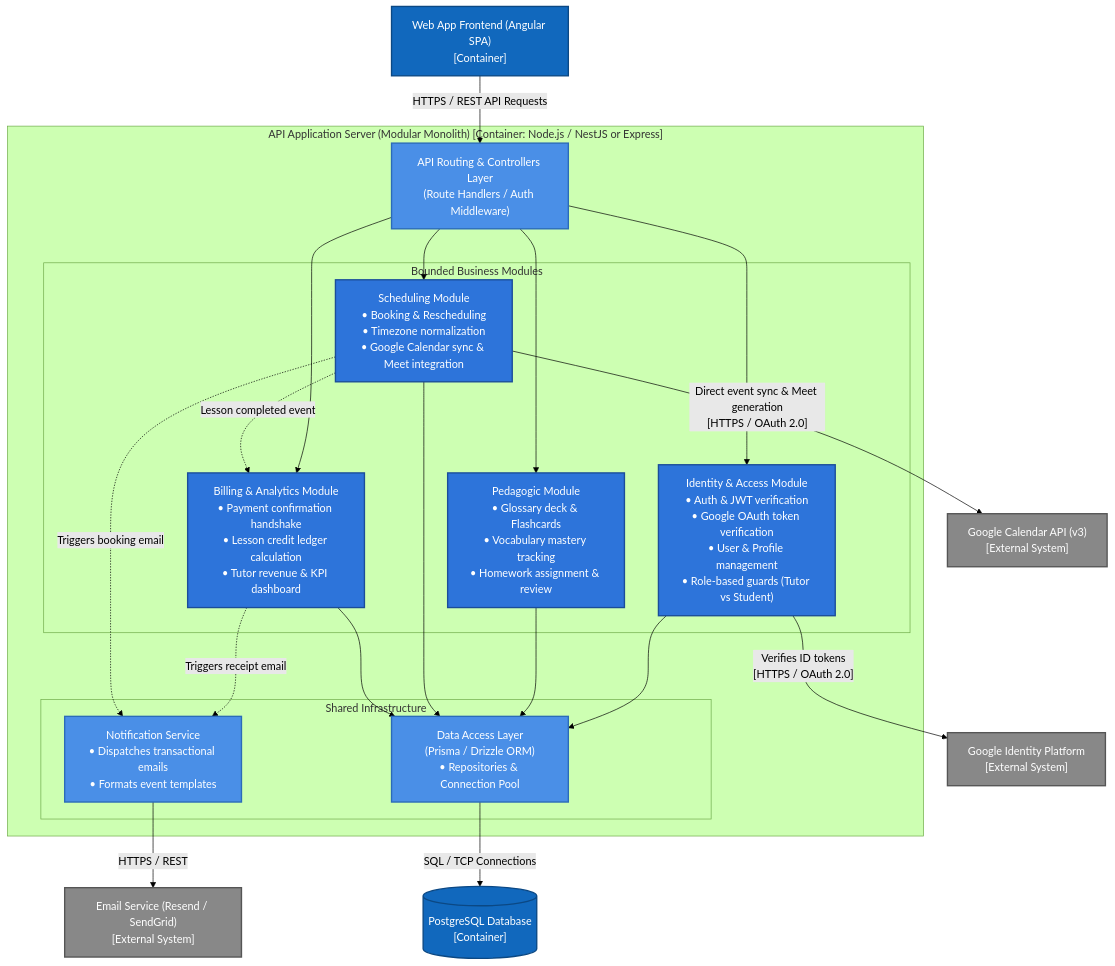
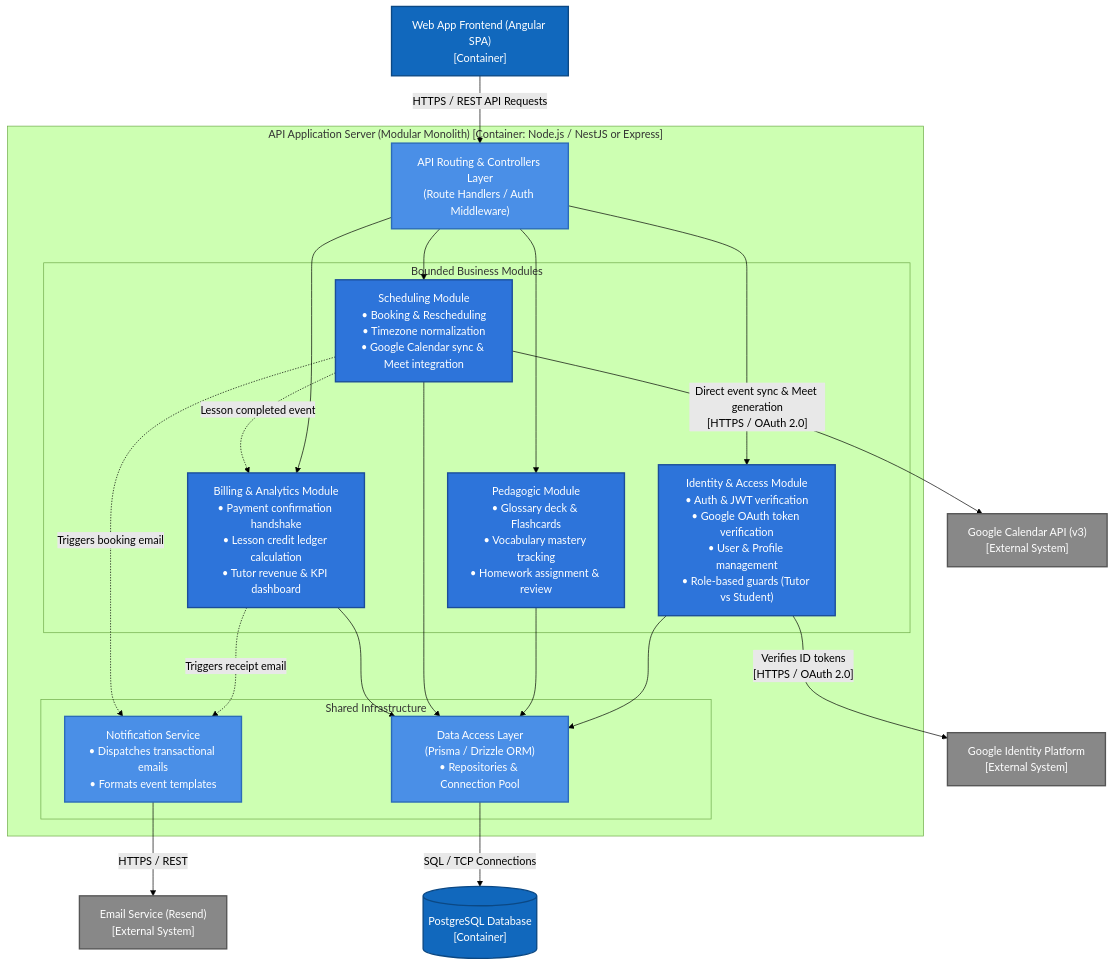
Before and after one commit to DmytroCherednichenko/idiomar-crm: the diagram in docs/diagrams/03-c4-level3-components.mmd, drawn with Mermaid (forest theme). The commit also changed 3 other files, not shown here.

```diff
--- a/docs/diagrams/03-c4-level3-components.mmd
+++ b/docs/diagrams/03-c4-level3-components.mmd
@@ -1,61 +1,61 @@
 flowchart TD
     classDef client fill:#1168bd,stroke:#0b4884,color:#ffffff,stroke-width:2px;
     classDef module fill:#2d74da,stroke:#1a4d99,color:#ffffff,stroke-width:2px;
     classDef shared fill:#4a8fe7,stroke:#2b6bb8,color:#ffffff,stroke-width:2px;
     classDef db fill:#1168bd,stroke:#0b4884,color:#ffffff,stroke-width:2px;
     classDef external fill:#888888,stroke:#555555,color:#ffffff,stroke-width:2px;
     classDef boundary fill:#f8f9fa,stroke:#707070,stroke-width:2px,stroke-dasharray: 5 5;
 
     Client["Web App Frontend (Angular SPA)\n[Container]"]:::client
 
     subgraph ModularMonolith["API Application Server (Modular Monolith) [Container: Node.js / NestJS or Express]"]
         
         ApiGateway["API Routing & Controllers Layer\n(Route Handlers / Auth Middleware)"]:::shared
         
         subgraph CoreModules["Bounded Business Modules"]
             AuthMod["Identity & Access Module\n• Auth & JWT verification\n• Google OAuth token verification\n• User & Profile management\n• Role-based guards (Tutor vs Student)"]:::module
             
             PedagogicMod["Pedagogic Module\n• Glossary deck & Flashcards\n• Vocabulary mastery tracking\n• Homework assignment & review"]:::module
             
             SchedulingMod["Scheduling Module\n• Booking & Rescheduling\n• Timezone normalization\n• Google Calendar sync & Meet integration"]:::module
             
             BillingMod["Billing & Analytics Module\n• Payment confirmation handshake\n• Lesson credit ledger calculation\n• Tutor revenue & KPI dashboard"]:::module
         end
 
         subgraph SharedInfrastructure["Shared Infrastructure"]
             NotificationMod["Notification Service\n• Dispatches transactional emails\n• Formats event templates"]:::shared
             DataAccess["Data Access Layer\n(Prisma / Drizzle ORM)\n• Repositories & Connection Pool"]:::shared
         end
     end
 
     Database[("PostgreSQL Database\n[Container]")]:::db
-    EmailService["Email Service (Resend / SendGrid)\n[External System]"]:::external
+    EmailService["Email Service (Resend)\n[External System]"]:::external
     GoogleCalendar["Google Calendar API (v3)\n[External System]"]:::external
     GoogleAuth["Google Identity Platform\n[External System]"]:::external
 
     %% Inbound requests
     Client -->|"HTTPS / REST API Requests"| ApiGateway
 
     %% Gateway to Modules
     ApiGateway --> AuthMod
     ApiGateway --> PedagogicMod
     ApiGateway --> SchedulingMod
     ApiGateway --> BillingMod
 
     %% Cross-module domain events / interactions
     SchedulingMod -.->|"Lesson completed event"| BillingMod
     BillingMod -.->|"Triggers receipt email"| NotificationMod
     SchedulingMod -.->|"Triggers booking email"| NotificationMod
 
     %% Data layer connections
     AuthMod --> DataAccess
     PedagogicMod --> DataAccess
     SchedulingMod --> DataAccess
     BillingMod --> DataAccess
 
     DataAccess -->|"SQL / TCP Connections"| Database
 
     %% External outputs
     NotificationMod -->|"HTTPS / REST"| EmailService
     SchedulingMod -->|"Direct event sync & Meet generation\n[HTTPS / OAuth 2.0]"| GoogleCalendar
     AuthMod -->|"Verifies ID tokens\n[HTTPS / OAuth 2.0]"| GoogleAuth
```
